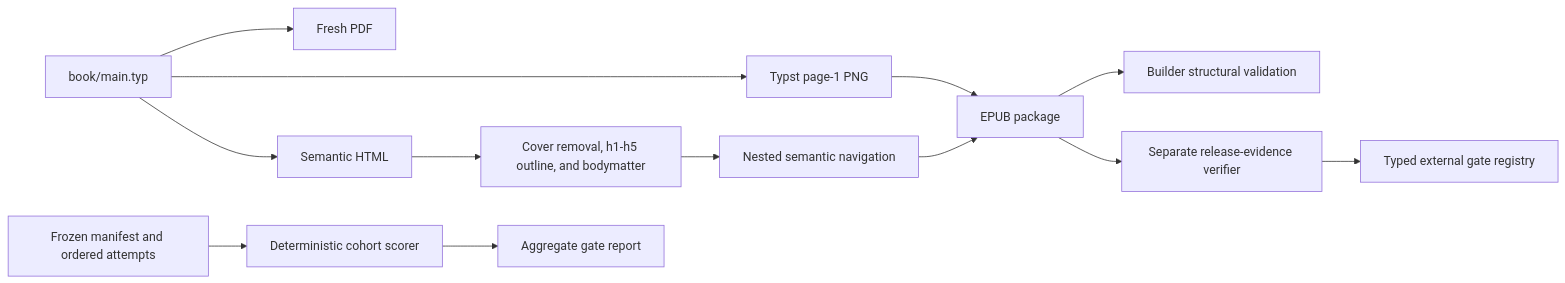
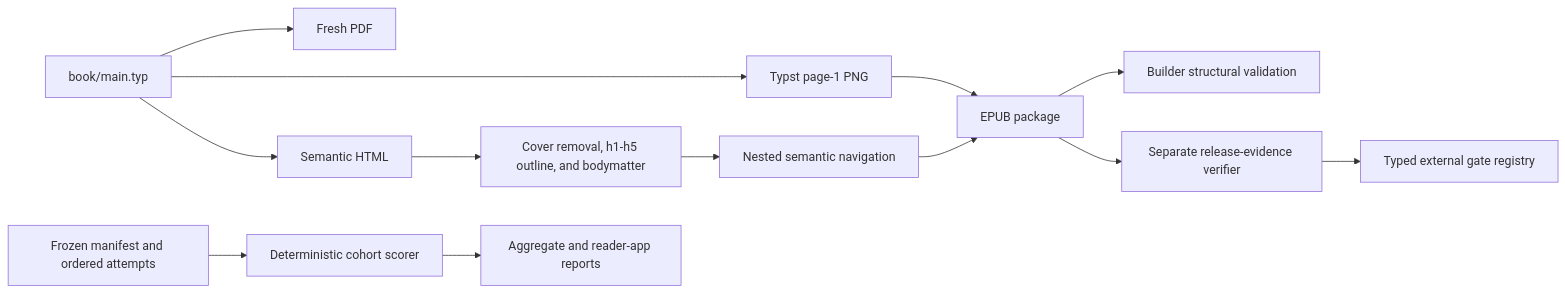
One commit to streamentry/streamentry changed the first of 5 diagrams in scripts/AGENTS.md. Above: the diagram before and after it, drawn with Mermaid. The commit also changed other lines of this file and 33 other files, not shown here.

````diff
--- a/scripts/AGENTS.md
+++ b/scripts/AGENTS.md
@@ -31,15 +31,15 @@
 ```mermaid
 flowchart LR
   T["book/main.typ"] --> P["Fresh PDF"]
   T --> C["Typst page-1 PNG"]
   T --> H["Semantic HTML"]
   H --> X["Cover removal, h1-h5 outline, and bodymatter"]
   X --> N["Nested semantic navigation"]
   N --> E["EPUB package"]
   C --> E
   E --> V["Builder structural validation"]
   E --> W["Separate release-evidence verifier"]
   W --> Q["Typed external gate registry"]
   R["Frozen manifest and ordered attempts"] --> S["Deterministic cohort scorer"]
-  S --> G["Aggregate gate report"]
+  S --> G["Aggregate and reader-app reports"]
 ```
````
